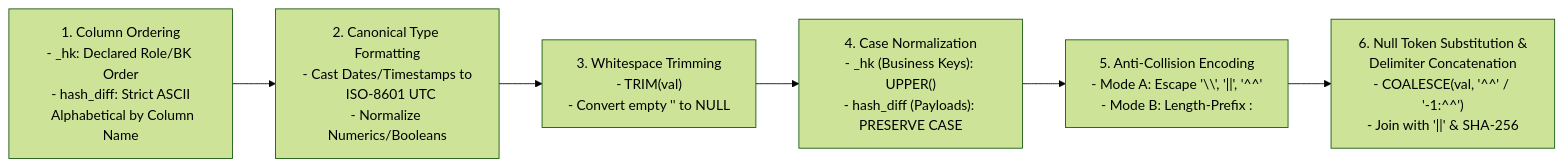
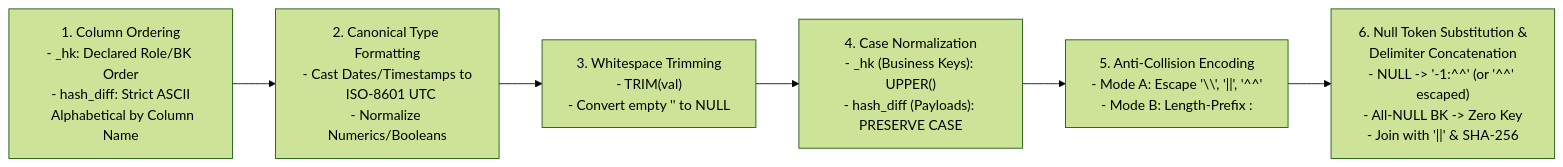
One commit to nogoo9/open-dv changed the fourth of 7 diagrams in docs/DV2_AGENT_REFERENCE_GUIDE.md. Above: the diagram before and after it, drawn with Mermaid (forest theme). The commit also changed other lines of this file and 8 other files, not shown here.

````diff
--- a/docs/DV2_AGENT_REFERENCE_GUIDE.md
+++ b/docs/DV2_AGENT_REFERENCE_GUIDE.md
@@ -438,8 +438,8 @@
 ```mermaid
 flowchart LR
     S1["1. Column Ordering\n- _hk: Declared Role/BK Order\n- hash_diff: Strict ASCII\n  Alphabetical by Column Name"] --> S2["2. Canonical Type Formatting\n- Cast Dates/Timestamps to\n  ISO-8601 UTC\n- Normalize Numerics/Booleans"]
     S2 --> S3["3. Whitespace Trimming\n- TRIM(val)\n- Convert empty '' to NULL"]
     S3 --> S4["4. Case Normalization\n- _hk (Business Keys): UPPER()\n- hash_diff (Payloads): PRESERVE CASE"]
     S4 --> S5["5. Anti-Collision Encoding\n- Mode A: Escape '\\', '||', '^^'\n- Mode B: Length-Prefix <len>:<val>"]
-    S5 --> S6["6. Null Token Substitution &\nDelimiter Concatenation\n- COALESCE(val, '^^' / '-1:^^')\n- Join with '||' & SHA-256"]
+    S5 --> S6["6. Null Token Substitution &\nDelimiter Concatenation\n- NULL -> '-1:^^' (or '^^' escaped)\n- All-NULL BK -> Zero Key\n- Join with '||' & SHA-256"]
 ```
````
